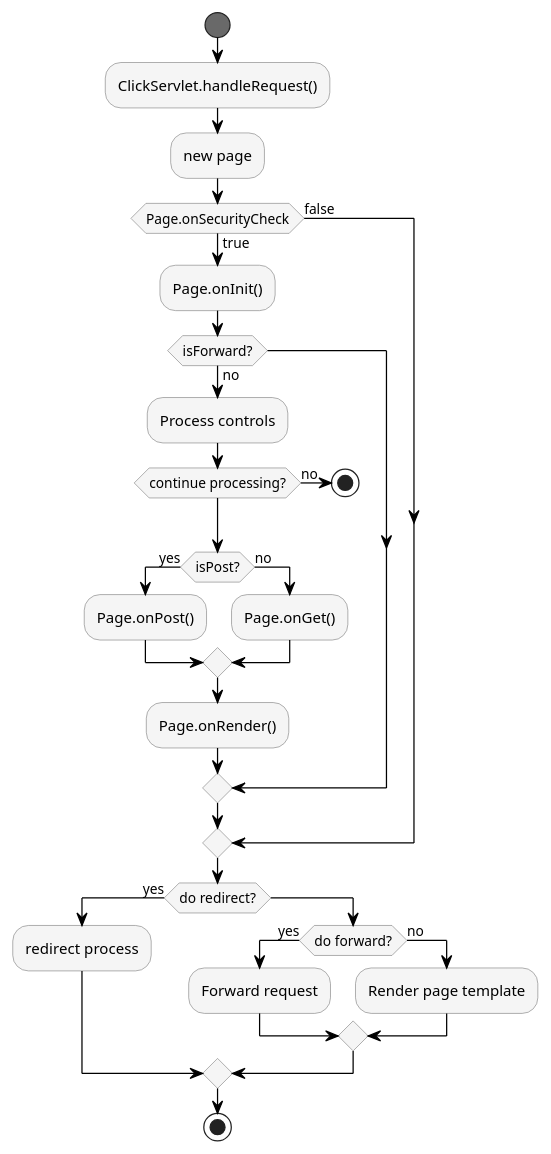
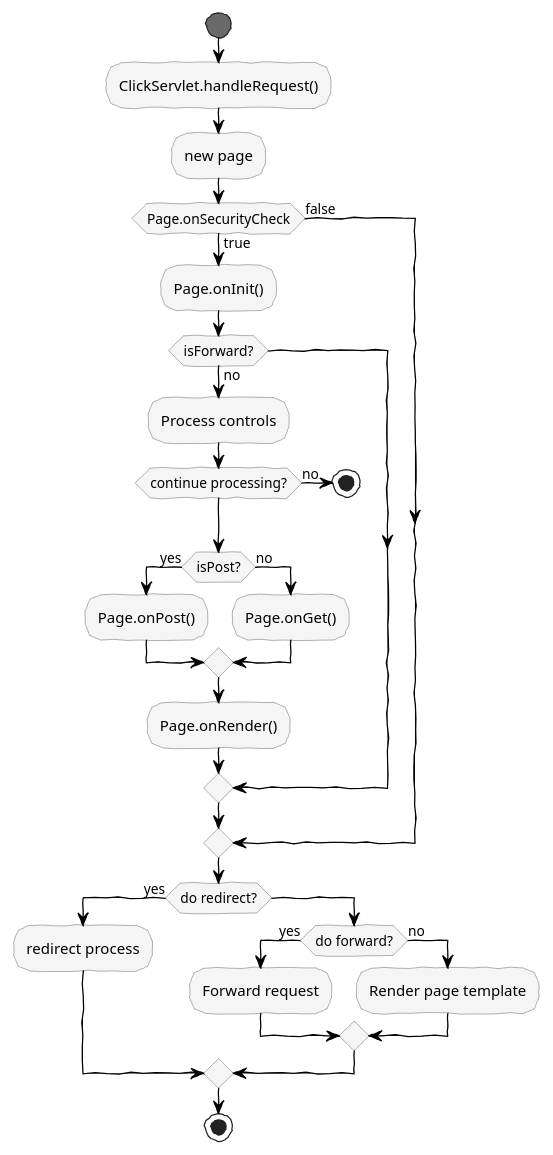
One commit to dadabobo/docs changed the diagram in markdown/scriptgraphs/pu-activity.puml. Above: the diagram before and after it, drawn with PlantUML. The commit also changed 1 other file, not shown here.

```diff
--- a/markdown/scriptgraphs/pu-activity.puml
+++ b/markdown/scriptgraphs/pu-activity.puml
@@ -1,43 +1,46 @@
 @startuml
 skinparam activity {
   ArrowColor black 
   BackgroundColor WhiteSmoke
   BorderColor Gray
   StartColor DimGray
   EndColor DimGray
-  BarColor DimGray
+  BarColor Yellow
+  DiamondBorderColor Gray
+  DiamondBackgroundColor WhiteSmoke
 }
+skinparam handwritten true
 
 start
 :ClickServlet.handleRequest();
 :new page;
-if (Page.onSecurityCheck) then (true)
+if (Page.onSecurityCheck) then (true)  
 :Page.onInit();
 if (isForward?) then (no)
 :Process controls;
 if (continue processing?) then (no)
 stop
 endif
 
 if (isPost?) then (yes)
 :Page.onPost();
 else (no)
 :Page.onGet();
 endif
 :Page.onRender();
 endif
 else (false)
 endif
 
 if (do redirect?) then (yes)
 :redirect process;
 else
 if (do forward?) then (yes)
 :Forward request;
 else (no)
 :Render page template;
 endif
 endif
 
 stop
 @enduml
```
